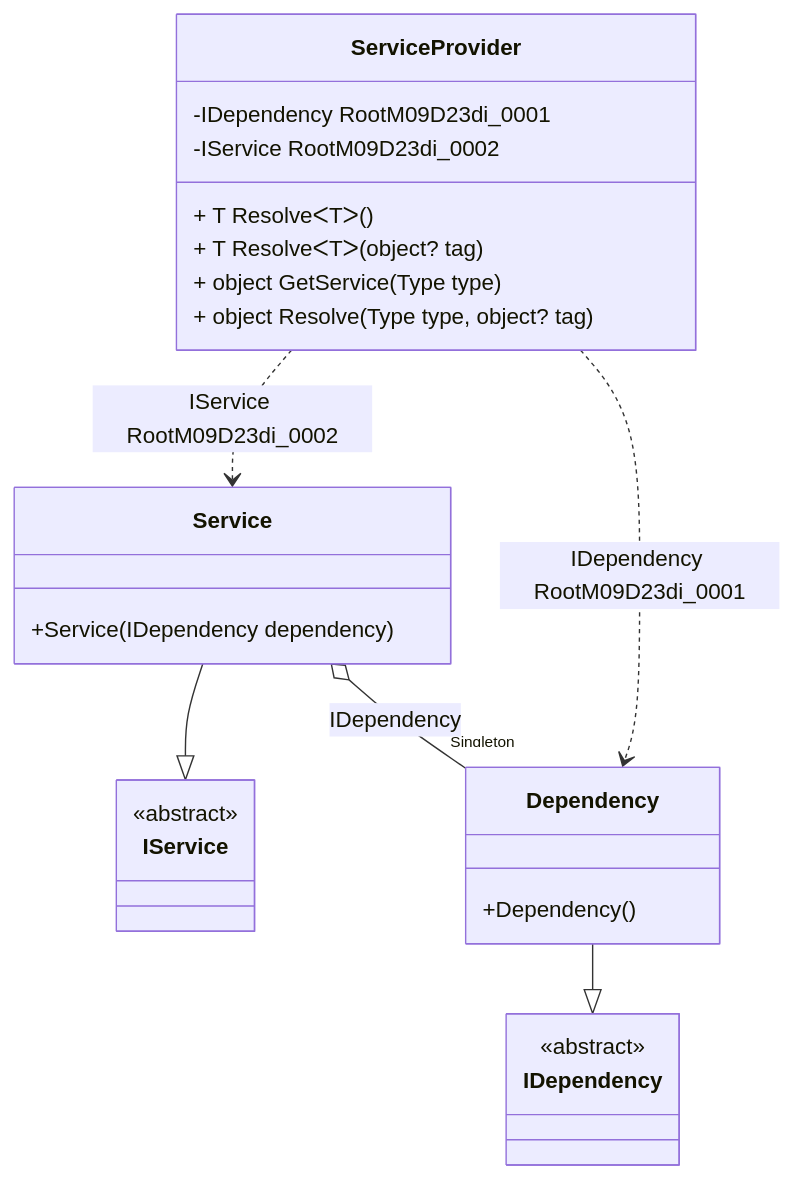
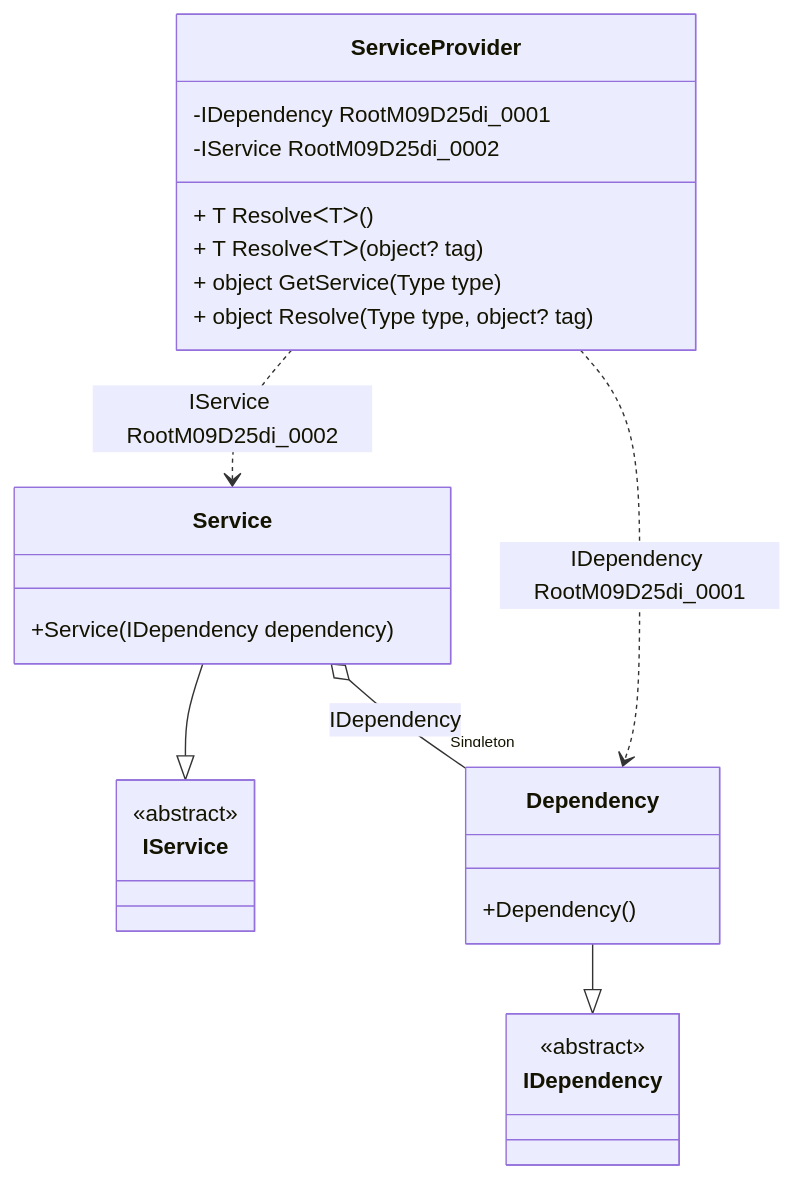
One commit to DevTeam/Pure.DI changed the diagram in readme/service-provider.md. Above: the diagram before and after it, drawn with Mermaid. The commit also changed other lines of this file and 56 other files, not shown here.

````diff
--- a/readme/service-provider.md
+++ b/readme/service-provider.md
@@ -50,28 +50,28 @@
 ```mermaid
 classDiagram
   class ServiceProvider {
-    -IDependency RootM09D23di_0001
-    -IService RootM09D23di_0002
+    -IDependency RootM09D25di_0001
+    -IService RootM09D25di_0002
     + T ResolveᐸTᐳ()
     + T ResolveᐸTᐳ(object? tag)
     + object GetService(Type type)
     + object Resolve(Type type, object? tag)
   }
   Service --|> IService : 
   class Service {
     +Service(IDependency dependency)
   }
   Dependency --|> IDependency : 
   class Dependency {
     +Dependency()
   }
   class IService {
     <<abstract>>
   }
   class IDependency {
     <<abstract>>
   }
   Service o--  "Singleton" Dependency : IDependency
-  ServiceProvider ..> Dependency : IDependency RootM09D23di_0001
-  ServiceProvider ..> Service : IService RootM09D23di_0002
+  ServiceProvider ..> Dependency : IDependency RootM09D25di_0001
+  ServiceProvider ..> Service : IService RootM09D25di_0002
 ```
````
